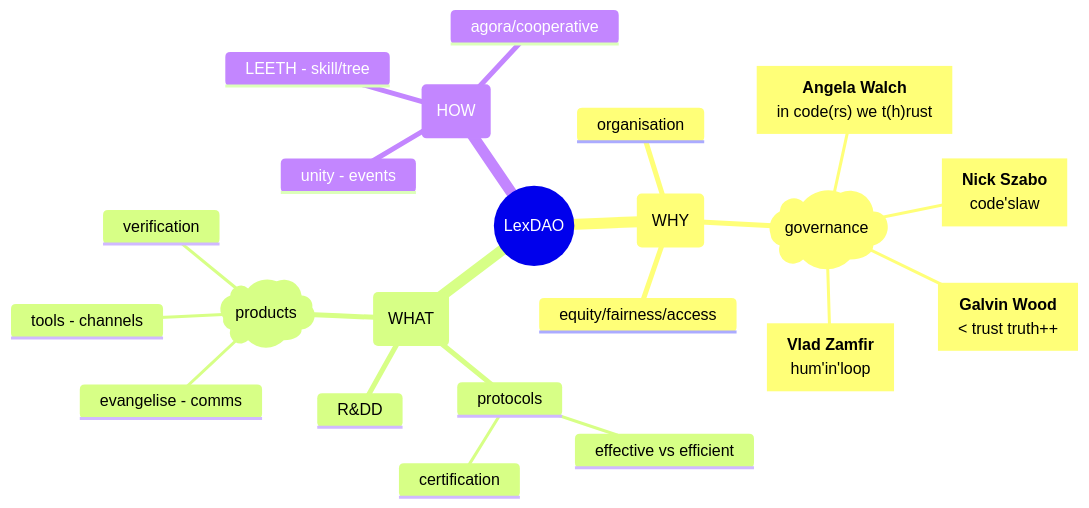
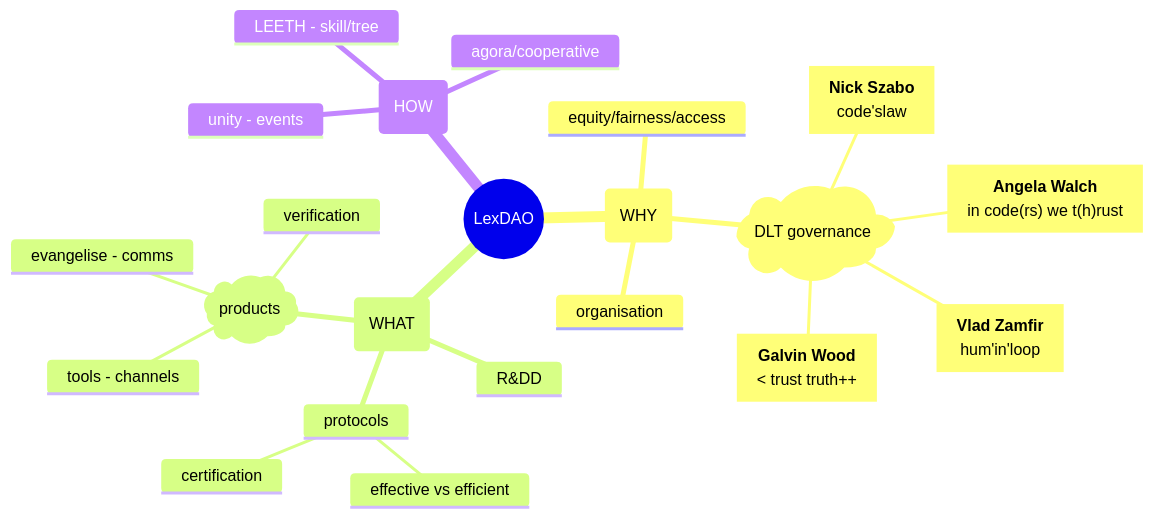
Before and after one commit to lexDAO/LexDAO-Constitution: the diagram in Translation/Spanish/README_en.md, drawn with Mermaid.

Commit message:
prepended DLT to governance in mindmap

````diff
--- a/Translation/Spanish/README_en.md
+++ b/Translation/Spanish/README_en.md
@@ -40,29 +40,29 @@
 ```mermaid
 mindmap
   root((LexDAO))
     eye1(WHY)
       organisation
       equity/fairness/access
-      )governance(
+      )DLT governance(
         Szaboan["**Nick Szabo**
 code'slaw"]
         Walchit["**Angela Walch**
 in code(rs) we t(h)rust"]
         woodoo["**Galvin Wood**
 < trust truth++"]
         Zamfirism["**Vlad Zamfir**
 hum'in'loop"]
     mut8(WHAT)
       R&DD
       protocols
         effective vs efficient
         certification
       )products(
         evangelise - comms
         tools - channels
         verification
     how2(HOW)
       unity - events
       LEETH - skill/tree
       agora/cooperative
 ```  
````
